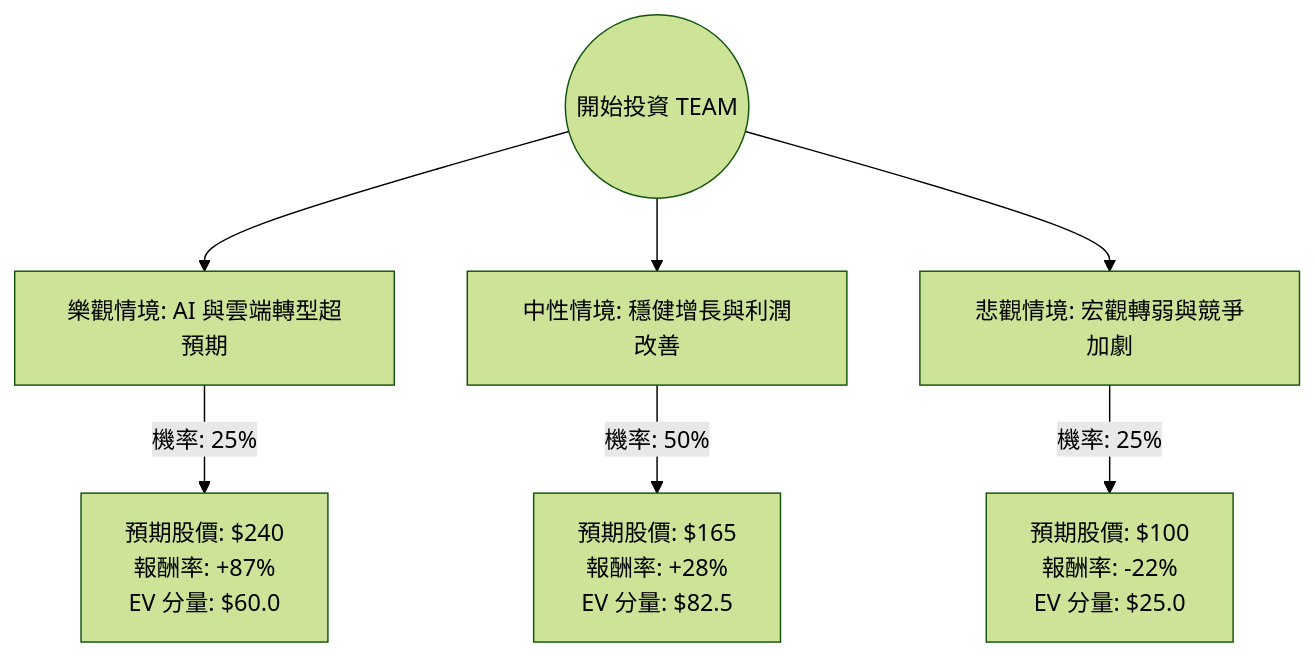
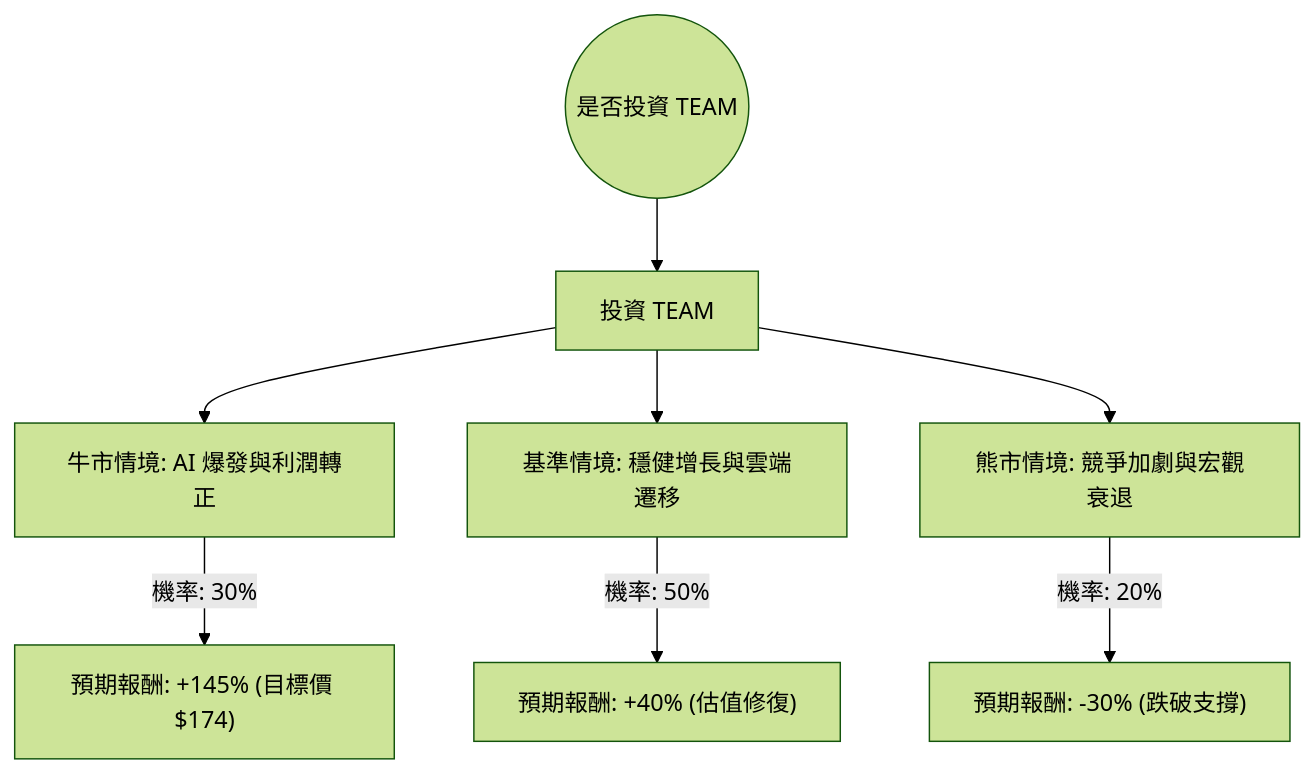
The diagram in plugin-react/ai-analysis/ev-analysis/TEAM.md (zmcx16/zmcx16.github.io), drawn with Mermaid (forest theme) before and after one commit. The commit also changed other lines of this file and 85 other files, not shown here.

````diff
--- a/plugin-react/ai-analysis/ev-analysis/TEAM.md
+++ b/plugin-react/ai-analysis/ev-analysis/TEAM.md
@@ -19,10 +21,12 @@
 ```mermaid
 graph TD
-    Start((開始投資 TEAM)) --> Bull[樂觀情境: AI 與雲端轉型超預期]
-    Start --> Base[中性情境: 穩健增長與利潤改善]
-    Start --> Bear[悲觀情境: 宏觀轉弱與競爭加劇]
+    Start((是否投資 TEAM)) --> Invest[投資 TEAM]
+    
+    Invest --> Bull[牛市情境: AI 爆發與利潤轉正]
+    Invest --> Base[基準情境: 穩健增長與雲端遷移]
+    Invest --> Bear[熊市情境: 競爭加劇與宏觀衰退]
 
-    Bull -- "機率: 25%" --> BullVal["預期股價: $240 <br/> 報酬率: +87% <br/> EV 分量: $60.0"]
-    Base -- "機率: 50%" --> BaseVal["預期股價: $165 <br/> 報酬率: +28% <br/> EV 分量: $82.5"]
-    Bear -- "機率: 25%" --> BearVal["預期股價: $100 <br/> 報酬率: -22% <br/> EV 分量: $25.0"]
+    Bull -- "機率: 30%" --> BullVal["預期報酬: +145% (目標價 $174)"]
+    Base -- "機率: 50%" --> BaseVal["預期報酬: +40% (估值修復)"]
+    Bear -- "機率: 20%" --> BearVal["預期報酬: -30% (跌破支撐)"]
 ```
````
